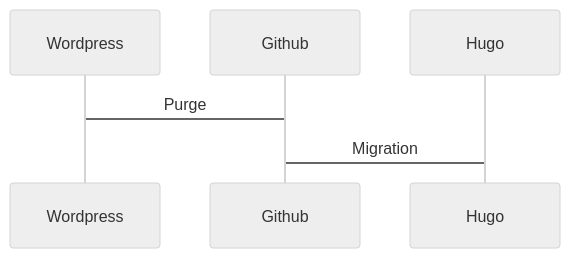
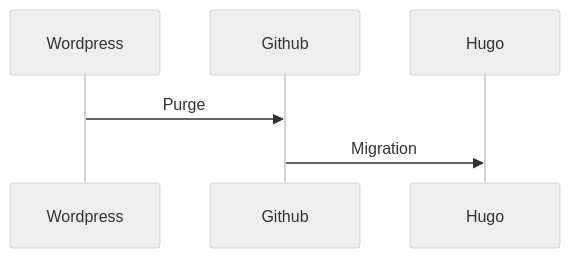
One commit to farias06/resume changed the first of 3 diagrams in README.md. Above: the diagram before and after it, drawn with Mermaid (neutral theme).

Commit message:
update 01

````diff
--- a/README.md
+++ b/README.md
@@ -11,8 +11,8 @@
 ```mermaid
 sequenceDiagram
  participant A as Wordpress
  participant B as Github
  participant C as Hugo
- A->B: Purge
- B->C: Migration
+ A->>B: Purge
+ B->>C: Migration
 ```
````
